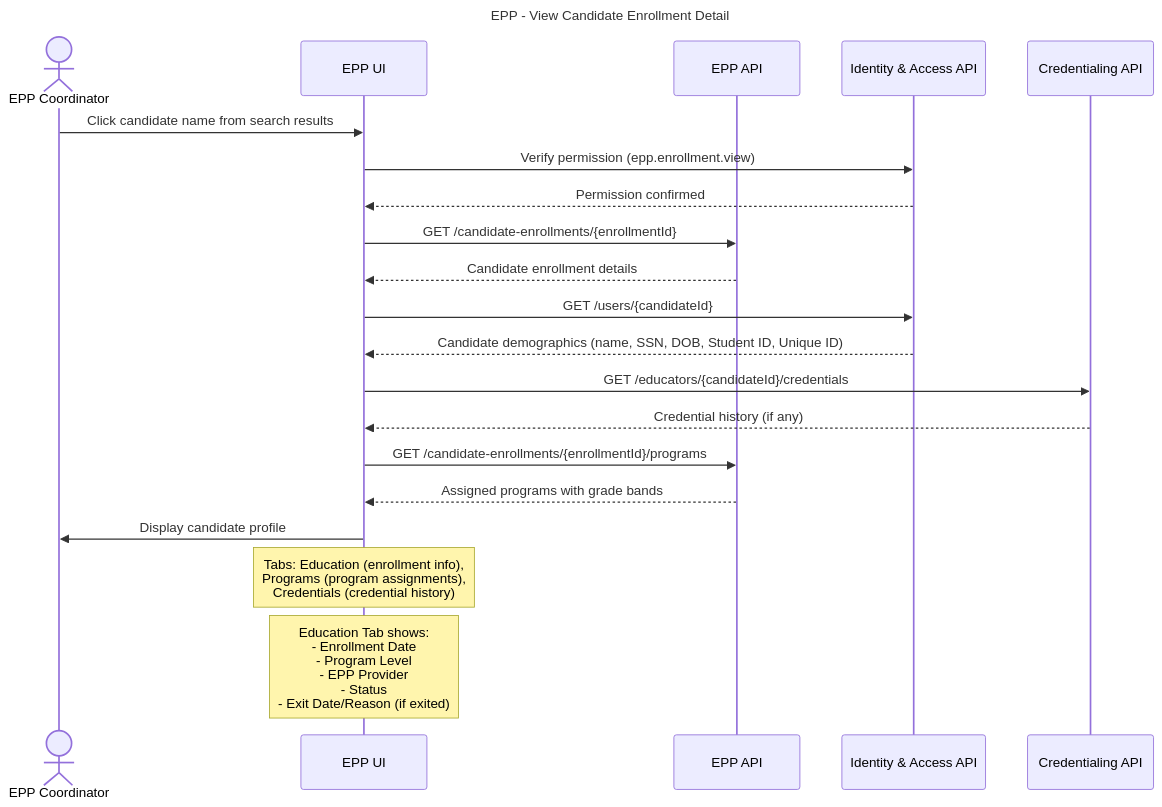
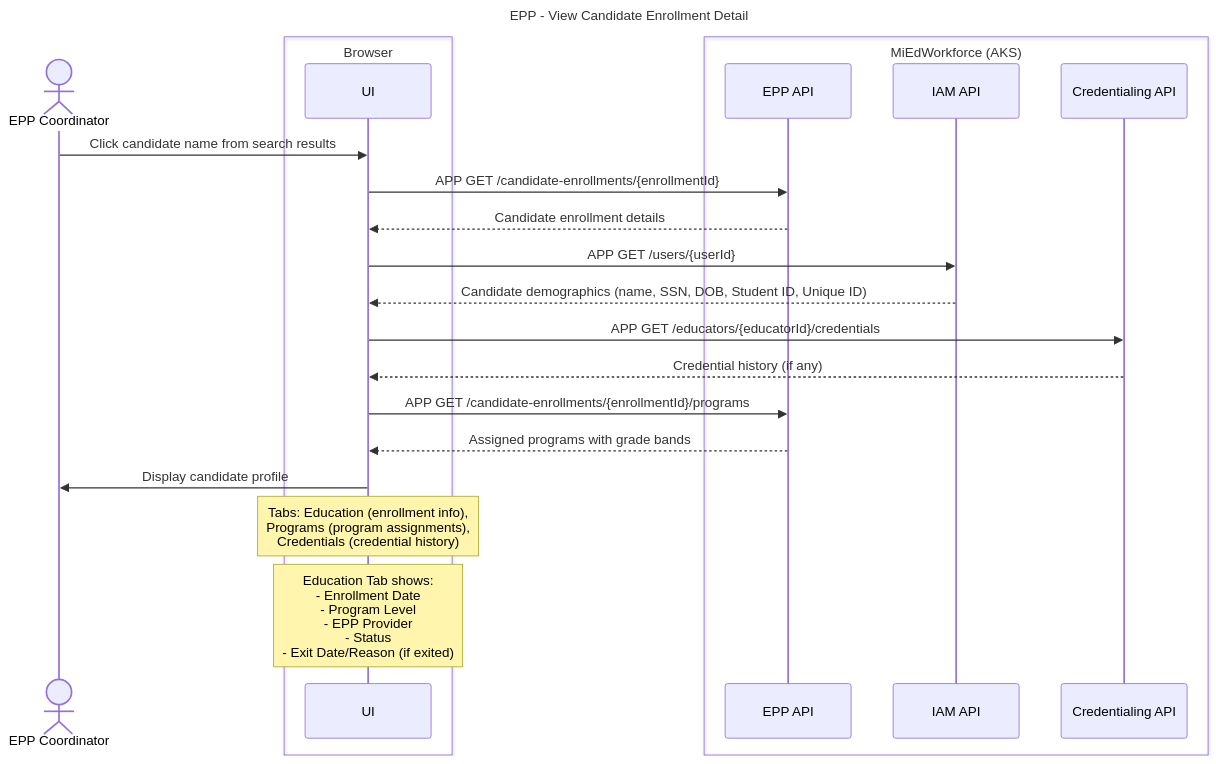
One commit to mnichols-dl/mied-design changed diagram 11 of 29 in working-docs/solution-areas/epp/epp-sequences.md. Above: the diagram before and after it, drawn with Mermaid. The commit also changed other lines of this file and 34 other files, not shown here.

Commit message:
Update sequences and perform RTM assessment

````diff
--- a/working-docs/solution-areas/epp/epp-sequences.md
+++ b/working-docs/solution-areas/epp/epp-sequences.md
@@ -643,32 +585,34 @@
 ```mermaid
 ---
 title: EPP - View Candidate Enrollment Detail
 ---
 sequenceDiagram
     actor Coordinator as EPP Coordinator
-    participant UI as EPP UI
-    participant EPPService as EPP API
-    participant IAM as Identity & Access API
-    participant CredService as Credentialing API
-    
+    box Browser
+    participant UI as UI
+    end
+    box MiEdWorkforce (AKS)
+    participant EppApi as EPP API
+    participant IamApi as IAM API
+    participant CredApi as Credentialing API
+    end
+
     Coordinator->>UI: Click candidate name from search results
-    UI->>IAM: Verify permission (epp.enrollment.view)
-    IAM-->>UI: Permission confirmed
-    
-    UI->>EPPService: GET /candidate-enrollments/{enrollmentId}
-    EPPService-->>UI: Candidate enrollment details
-    
-    UI->>IAM: GET /users/{candidateId}
-    IAM-->>UI: Candidate demographics (name, SSN, DOB, Student ID, Unique ID)
-    
-    UI->>CredService: GET /educators/{candidateId}/credentials
-    CredService-->>UI: Credential history (if any)
-    
-    UI->>EPPService: GET /candidate-enrollments/{enrollmentId}/programs
-    EPPService-->>UI: Assigned programs with grade bands
-    
+
+    UI->>EppApi: APP GET /candidate-enrollments/{enrollmentId}
+    EppApi-->>UI: Candidate enrollment details
+
+    UI->>IamApi: APP GET /users/{userId}
+    IamApi-->>UI: Candidate demographics (name, SSN, DOB, Student ID, Unique ID)
+
+    UI->>CredApi: APP GET /educators/{educatorId}/credentials
+    CredApi-->>UI: Credential history (if any)
+
+    UI->>EppApi: APP GET /candidate-enrollments/{enrollmentId}/programs
+    EppApi-->>UI: Assigned programs with grade bands
+
     UI->>Coordinator: Display candidate profile
     Note over UI: Tabs: Education (enrollment info),<br/>Programs (program assignments),<br/>Credentials (credential history)
-    
+
     Note over UI: Education Tab shows:<br/>- Enrollment Date<br/>- Program Level<br/>- EPP Provider<br/>- Status<br/>- Exit Date/Reason (if exited)
 ```
````
